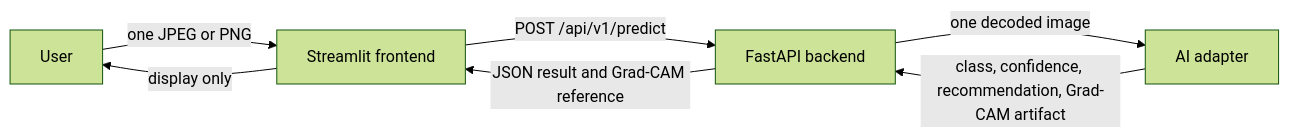
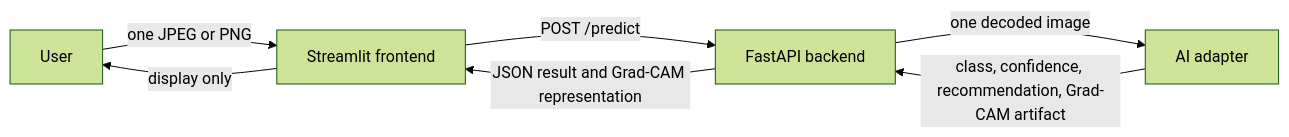
One commit to DaxnGo/SteelGuard-AI changed the diagram in docs/ARCHITECTURE.md. Above: the diagram before and after it, drawn with Mermaid (forest theme). The commit also changed other lines of this file and 4 other files, not shown here.

````diff
--- a/docs/ARCHITECTURE.md
+++ b/docs/ARCHITECTURE.md
@@ -8,9 +8,9 @@
 ```mermaid
 flowchart LR
     U[User] -->|one JPEG or PNG| F[Streamlit frontend]
-    F -->|POST /api/v1/predict| B[FastAPI backend]
+    F -->|POST /predict| B[FastAPI backend]
     B -->|one decoded image| A[AI adapter]
     A -->|class, confidence, recommendation, Grad-CAM artifact| B
-    B -->|JSON result and Grad-CAM reference| F
+    B -->|JSON result and Grad-CAM representation| F
     F -->|display only| U
 ```
````
